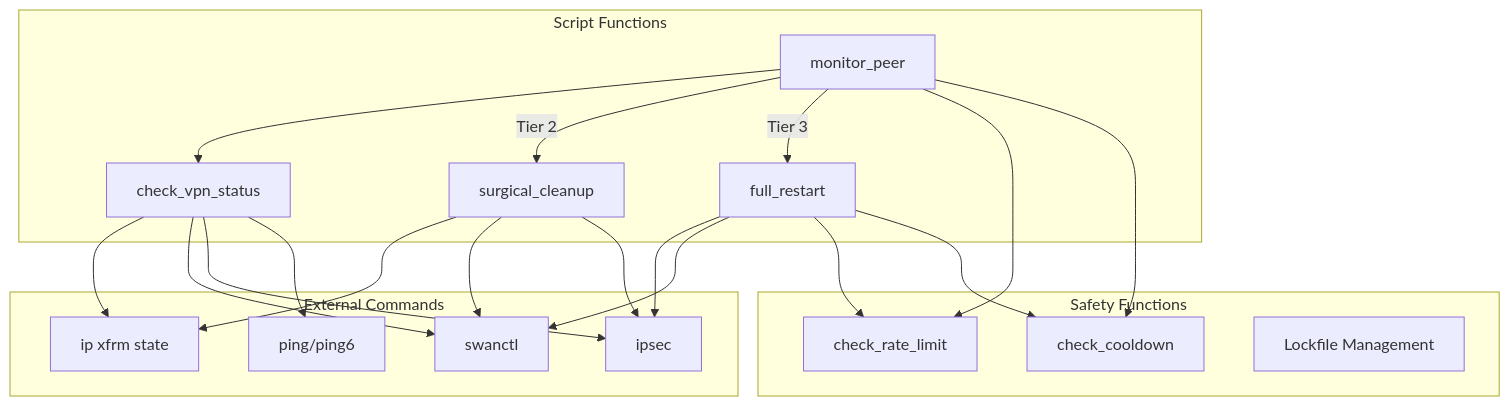
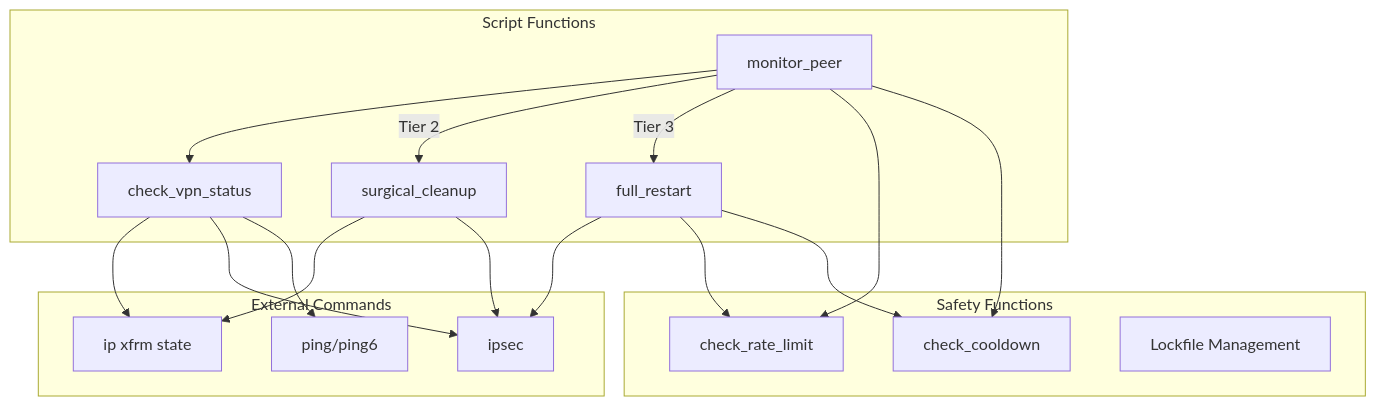
Before and after one commit to Eccentric-Quality-Solutions/udm-vpn-monitor: the sixth of 6 diagrams in ARCHITECTURE.md, drawn with Mermaid. The commit also changed other lines of this file and 26 other files, not shown here.

Commit message:
- Remove swanctl, avoid installing unsupported utility - Simple script to check available commands on UDM OS - Adding and updating tests and config   - Now fail fast and stream test output to terminal   - Ability to rerun only failing tests - Fix lockfile bug - Minor fixes

````diff
--- a/ARCHITECTURE.md
+++ b/ARCHITECTURE.md
@@ -332,43 +318,39 @@
 ```mermaid
 graph TB
     subgraph "External Commands"
         IP[ip xfrm state]
-        Swanctl[swanctl]
         Ipsec[ipsec]
         PingCmd[ping/ping6]
     end
     
     subgraph "Script Functions"
         CheckVPN[check_vpn_status]
         MonitorPeer[monitor_peer]
         SurgicalCleanup[surgical_cleanup]
         FullRestart[full_restart]
     end
     
     subgraph "Safety Functions"
         RateLimit[check_rate_limit]
         Cooldown[check_cooldown]
         Lockfile[Lockfile Management]
     end
     
     MonitorPeer --> CheckVPN
     CheckVPN --> IP
-    CheckVPN --> Swanctl
     CheckVPN --> Ipsec
     CheckVPN --> PingCmd
     
     MonitorPeer -->|Tier 2| SurgicalCleanup
     MonitorPeer -->|Tier 3| FullRestart
     
     SurgicalCleanup --> IP
-    SurgicalCleanup --> Swanctl
     SurgicalCleanup --> Ipsec
     
     FullRestart --> Ipsec
-    FullRestart --> Swanctl
     FullRestart --> RateLimit
     FullRestart --> Cooldown
     
     MonitorPeer --> RateLimit
     MonitorPeer --> Cooldown
 ```
````
